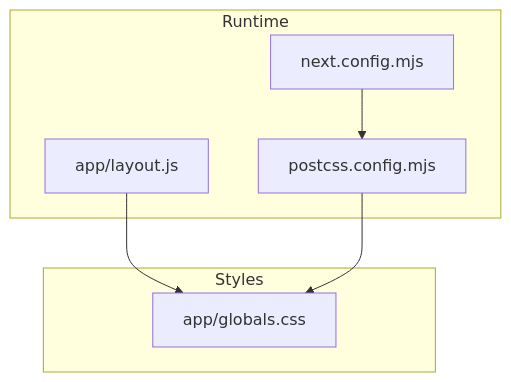
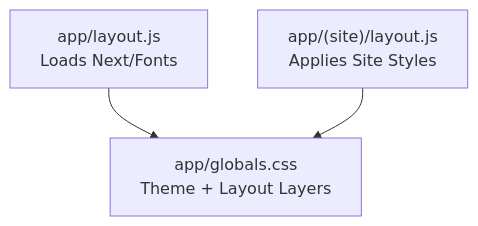
One commit to algorithmsEvolve/momentoclient-fe changed the first of 2 diagrams in docs/en/content/Styling & Theming Strategy.md. Above: the diagram before and after it, drawn with Mermaid. The commit also changed other lines of this file and 14 other files, not shown here.

````diff
--- a/docs/en/content/Styling & Theming Strategy.md
+++ b/docs/en/content/Styling & Theming Strategy.md
@@ -46,14 +41,5 @@
 ```mermaid
 graph TB
-subgraph "Runtime"
-LAYOUT["app/layout.js"]
-NEXTCFG["next.config.mjs"]
-POSTCSS["postcss.config.mjs"]
-end
-subgraph "Styles"
-GLOBALS["app/globals.css"]
-end
-LAYOUT --> GLOBALS
-NEXTCFG --> POSTCSS
-POSTCSS --> GLOBALS
+LAYOUT["app/layout.js<br/>Loads Next/Fonts"] --> GLOBALS["app/globals.css<br/>Theme + Layout Layers"]
+SITELAYOUT["app/(site)/layout.js<br/>Applies Site Styles"] --> GLOBALS
 ```
````
